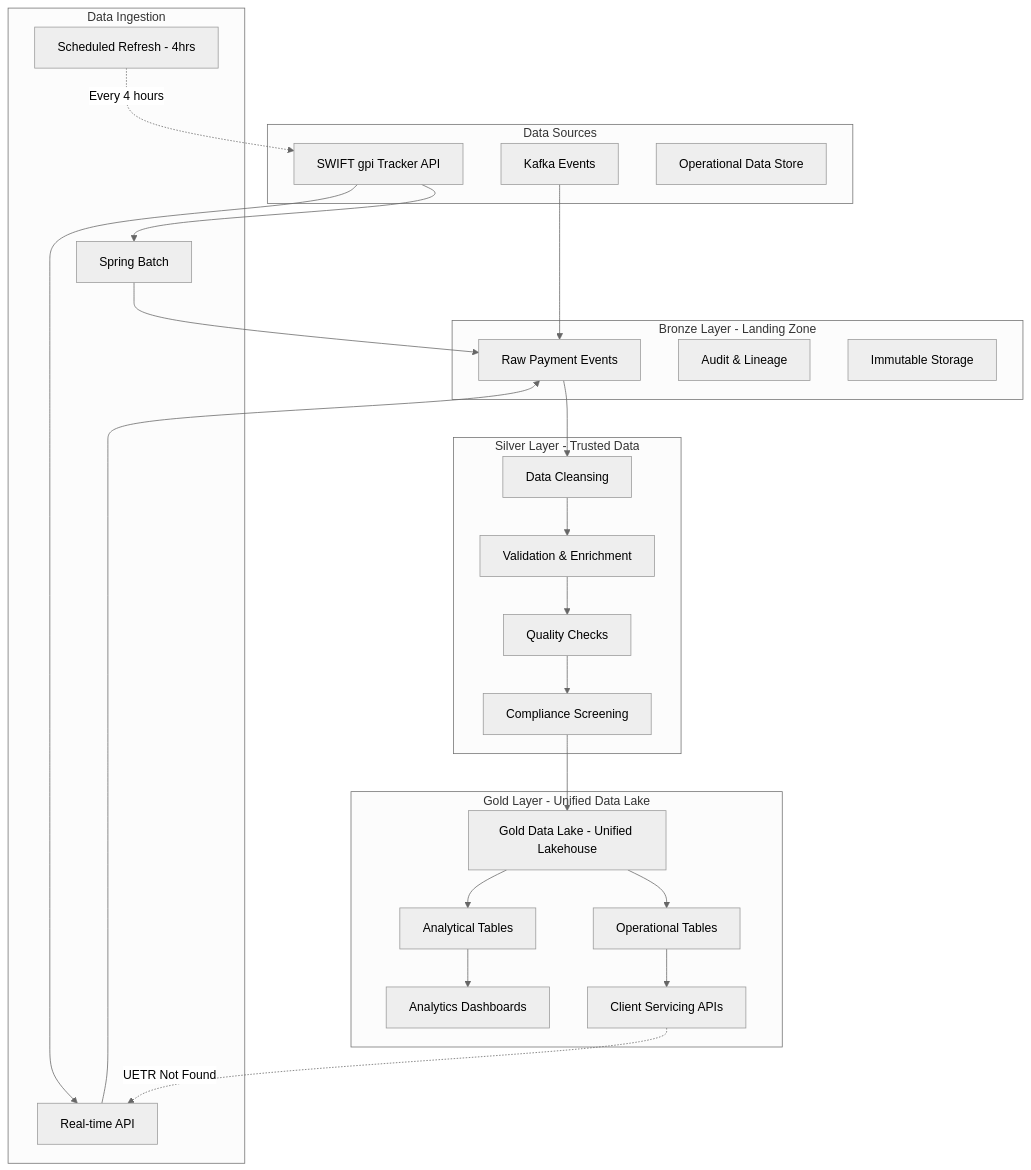
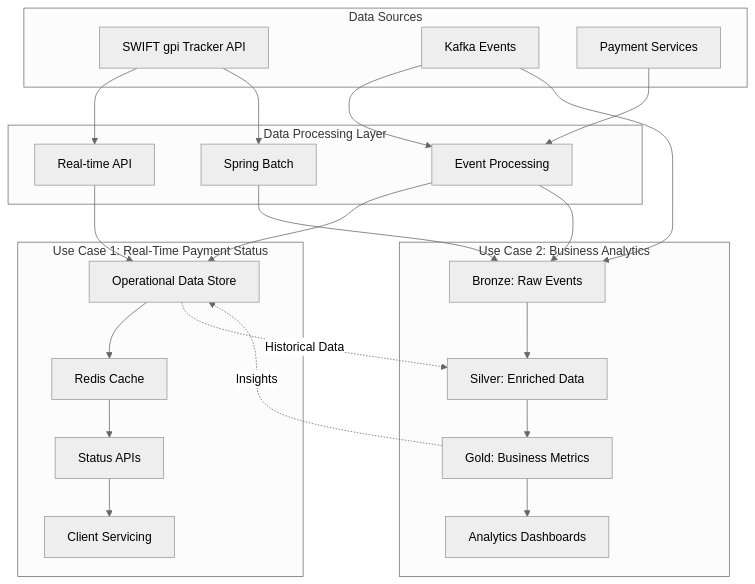
Before and after one commit to calvinlee999/react_next_java_journey: the second of 2 diagrams in docs/level0-cross-border-architecture.md, drawn with Mermaid (neutral theme). The commit also changed other lines of this file, not shown here.

First line of the commit message:
MAJOR: Revised architecture from medallion to use case-driven design

````diff
--- a/docs/level0-cross-border-architecture.md
+++ b/docs/level0-cross-border-architecture.md
@@ -154,58 +154,55 @@
 ```mermaid
 graph TB
     %% Data Sources
     subgraph "Data Sources"
         SWIFT[SWIFT gpi Tracker API]
         KE[Kafka Events]
-        ODS[Operational Data Store]
+        PS[Payment Services]
     end
 
-    %% Ingestion Layer
-    subgraph "Data Ingestion"
+    %% Data Processing
+    subgraph "Data Processing Layer"
         SB[Spring Batch]
         RT[Real-time API]
-        SC[Scheduled Refresh - 4hrs]
+        EP[Event Processing]
     end
 
-    %% Medallion Architecture
-    subgraph "Bronze Layer - Landing Zone"
-        BZ[Raw Payment Events]
-        BL[Audit & Lineage]
-        BI[Immutable Storage]
+    %% Use Case 1: Operational Data Store
+    subgraph "Use Case 1: Real-Time Payment Status"
+        ODS[Operational Data Store]
+        API[Status APIs]
+        CACHE[Redis Cache]
+        CS[Client Servicing]
     end
 
-    subgraph "Silver Layer - Trusted Data"
-        SC1[Data Cleansing]
-        SC2[Validation & Enrichment]
-        SC3[Quality Checks]
-        SC4[Compliance Screening]
+    %% Use Case 2: Analytics Platform
+    subgraph "Use Case 2: Business Analytics"
+        BZ[Bronze: Raw Events]
+        SV[Silver: Enriched Data]
+        GD[Gold: Business Metrics]
+        DASH[Analytics Dashboards]
     end
 
-    subgraph "Gold Layer - Unified Data Lake"
-        GDL[Gold Data Lake - Unified Lakehouse]
-        OT[Operational Tables]
-        AT[Analytical Tables]
-        CS[Client Servicing APIs]
-        DS[Analytics Dashboards]
-    end
+    %% Data Flow - Use Case 1 (Real-time)
+    SWIFT --> RT
+    KE --> EP
+    PS --> EP
+    RT --> ODS
+    EP --> ODS
+    ODS --> CACHE
+    CACHE --> API
+    API --> CS
 
-    %% Data Flow
+    %% Data Flow - Use Case 2 (Analytics)
     SWIFT --> SB
-    SWIFT --> RT
     KE --> BZ
+    EP --> BZ
     SB --> BZ
-    RT --> BZ
-    BZ --> SC1
-    SC1 --> SC2
-    SC2 --> SC3
-    SC3 --> SC4
-    SC4 --> GDL
-    GDL --> OT
-    GDL --> AT
-    OT --> CS
-    AT --> DS
+    BZ --> SV
+    SV --> GD
+    GD --> DASH
 
-    %% Fallback Logic
-    CS -.->|UETR Not Found| RT
-    SC -.->|Every 4 hours| SWIFT
+    %% Cross-pollination
+    ODS -.->|Historical Data| SV
+    GD -.->|Insights| ODS
 ```
````
